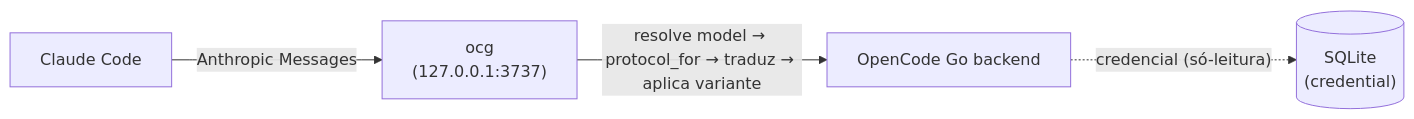
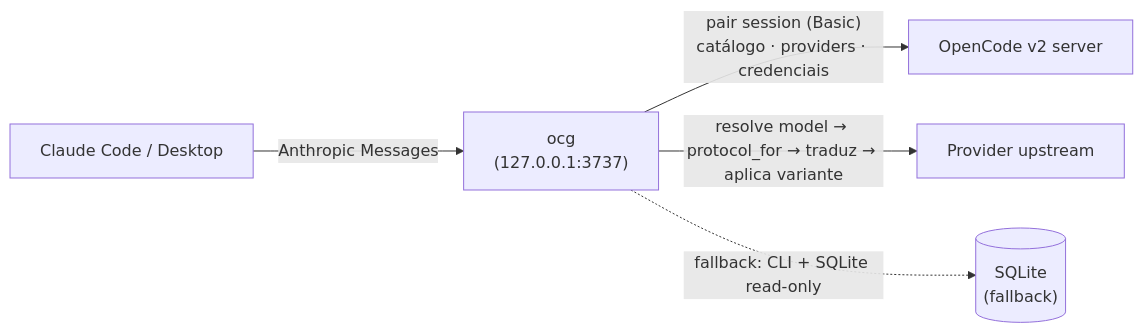
One commit to marcos2872/opencode-claude-gateway changed the diagram in docs/arquitetura.md. Above: the diagram before and after it, drawn with Mermaid. The commit also changed other lines of this file and 44 other files, not shown here.

First line of the commit message:
feat: OpenCode v2 pair + revisão Anthropic, sem edge Codex (#16)

````diff
--- a/docs/arquitetura.md
+++ b/docs/arquitetura.md
@@ -19,11 +19,13 @@
 ```mermaid
 flowchart LR
-    CC["Claude Code"]
+    CC["Claude Code / Desktop"]
     GW["ocg<br/>(127.0.0.1:3737)"]
-    UP["OpenCode Go backend"]
-    DB[("SQLite<br/>(credential)")]
+    OC["OpenCode v2 server"]
+    UP["Provider upstream"]
+    DB[("SQLite<br/>(fallback)")]
 
     CC -->|"Anthropic Messages"| GW
+    GW -->|"pair session (Basic)<br/>catálogo · providers · credenciais"| OC
     GW -->|"resolve model → protocol_for → traduz → aplica variante"| UP
-    UP -.->|"credencial (só-leitura)"| DB
+    GW -.->|"fallback: CLI + SQLite read-only"| DB
 ```
````
